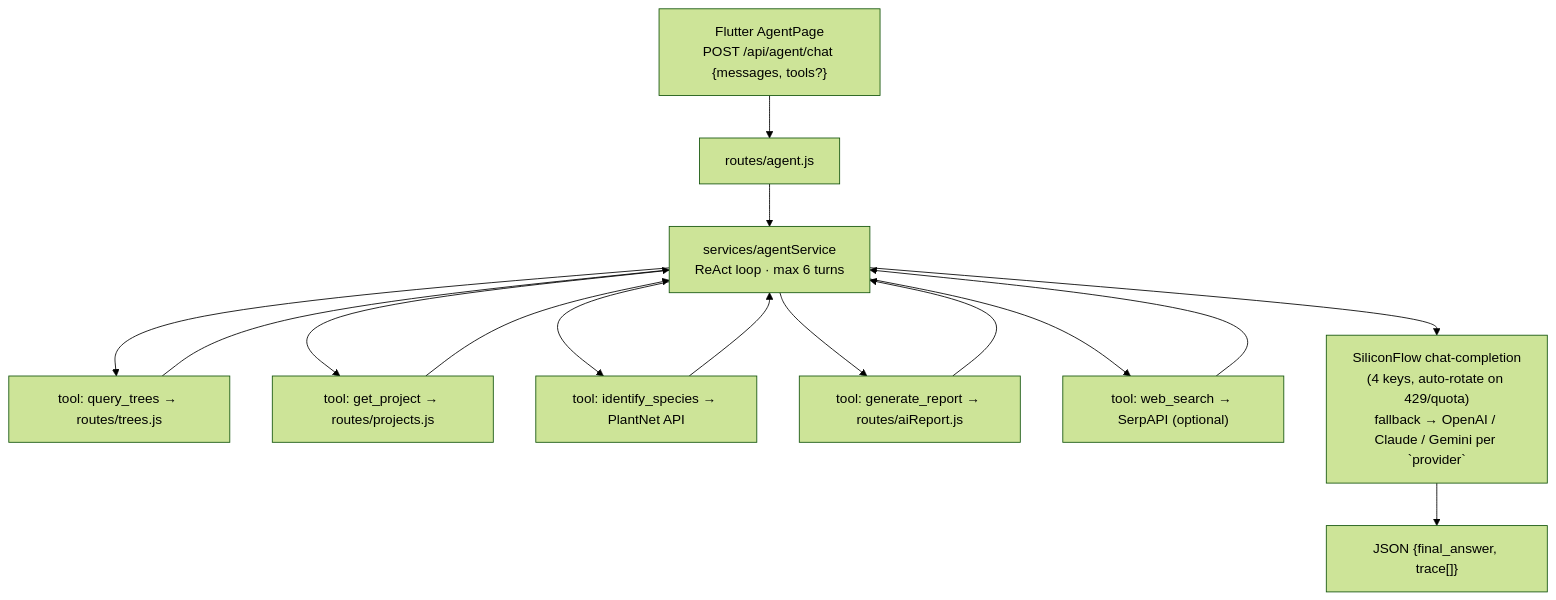
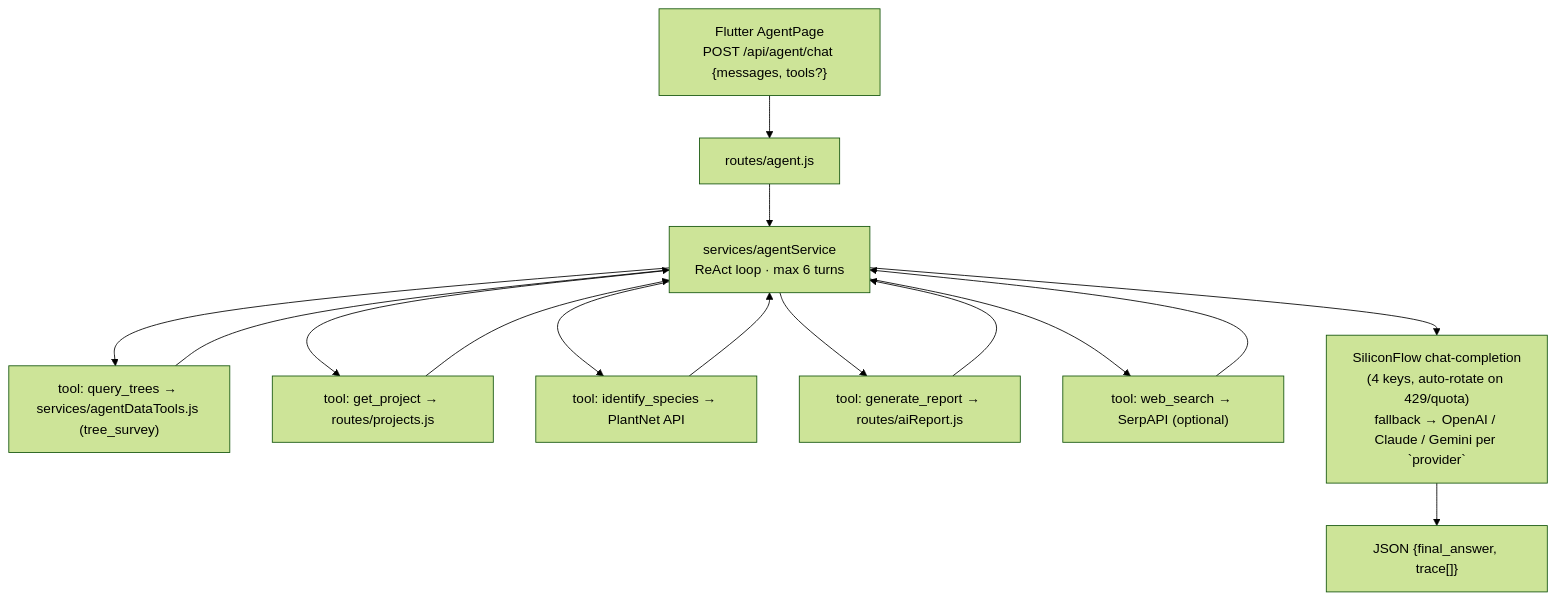
One commit to icmnlab/tree-project-backend changed the fifth of 9 diagrams in README.md. Above: the diagram before and after it, drawn with Mermaid (forest theme). The commit also changed other lines of this file and 32 other files, not shown here.

````diff
--- a/README.md
+++ b/README.md
@@ -120,20 +121,20 @@
 ```mermaid
 flowchart TB
   ap["Flutter AgentPage<br/>POST /api/agent/chat {messages, tools?}"]
   rt["routes/agent.js"]
   svc["services/agentService<br/>ReAct loop · max 6 turns"]
-  t1["tool: query_trees → routes/trees.js"]
+  t1["tool: query_trees → services/agentDataTools.js (tree_survey)"]
   t2["tool: get_project → routes/projects.js"]
   t3["tool: identify_species → PlantNet API"]
   t4["tool: generate_report → routes/aiReport.js"]
   t5["tool: web_search → SerpAPI (optional)"]
   llm["SiliconFlow chat-completion<br/>(4 keys, auto-rotate on 429/quota)<br/>fallback → OpenAI / Claude / Gemini per `provider`"]
   out["JSON {final_answer, trace[]}"]
   ap --> rt --> svc
   svc --> t1 --> svc
   svc --> t2 --> svc
   svc --> t3 --> svc
   svc --> t4 --> svc
   svc --> t5 --> svc
   svc --> llm --> out
 ```
````
